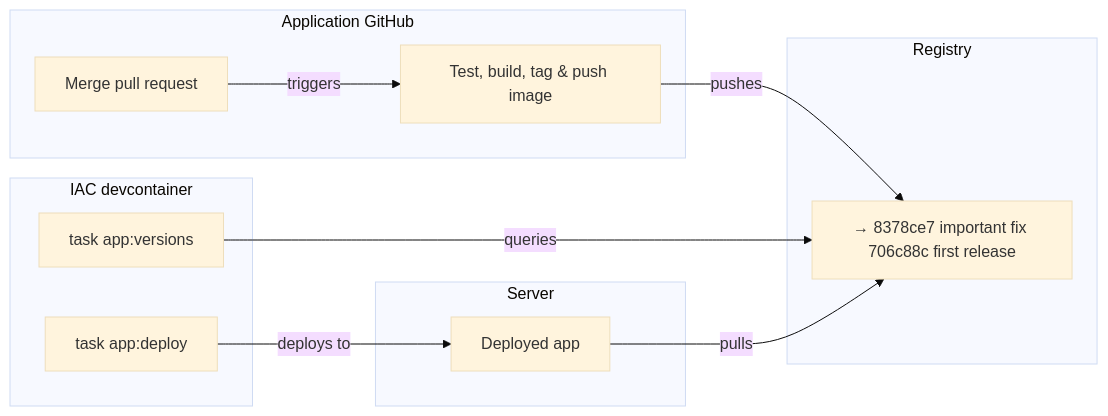
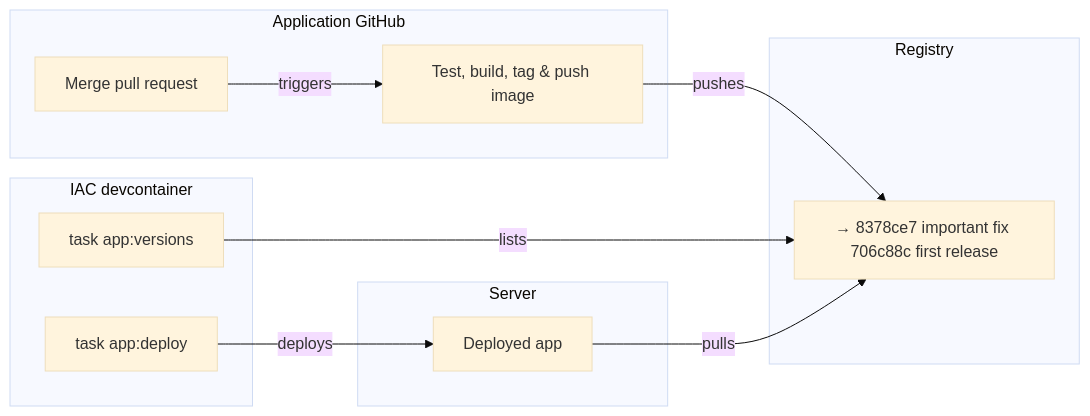
One commit to rednaw/iac changed the diagram in docs/application-deployment.md. Above: the diagram before and after it, drawn with Mermaid (base theme). The commit also changed other lines of this file and 8 other files, not shown here.

````diff
--- a/docs/application-deployment.md
+++ b/docs/application-deployment.md
@@ -12,26 +11,26 @@
 ```mermaid
 flowchart LR
     subgraph LOCAL["IAC devcontainer"]
         B["task app:versions"]
         C["task app:deploy"]
     end
 
     subgraph GITHUB["Application GitHub"]
         A["Merge pull request"]
         D["Test, build, tag & push image"]
     end
 
     subgraph REGISTRY["Registry"]
       E["→ 8378ce7 important fix 706c88c first release"]
     end
 
     subgraph SERVER["Server"]
       F["Deployed app"]
     end
 
     A -->|triggers| D
-    B -->|queries| E
-    C -->|deploys to| F
+    B -->|lists| E
+    C -->|deploys| F
     D -->|pushes| E
     F -->|pulls| E
 ```
````
